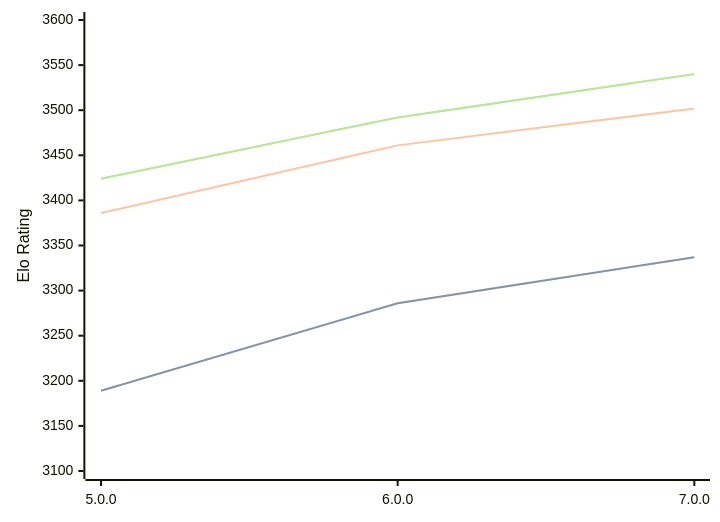
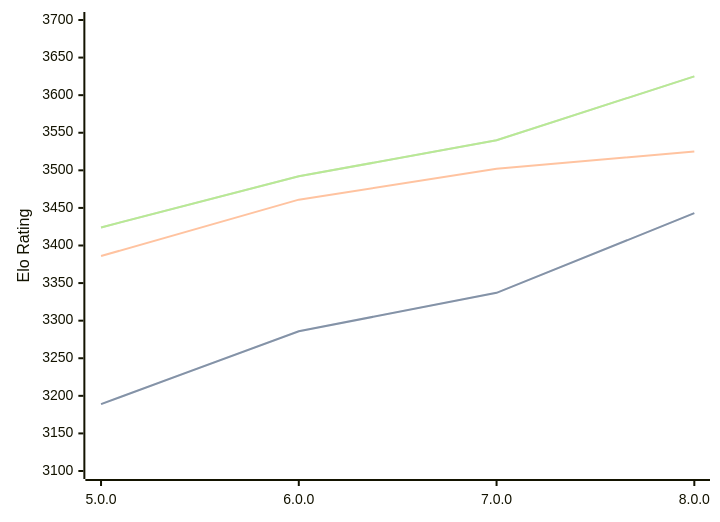
Before and after one commit to computer-chess-index/cci: the third of 3 diagrams in engines/Stormphrax.md, drawn with Mermaid. The commit also changed other lines of this file, not shown here.

Commit message:
Update CCI Ratings (ELO VLTC) - 2026-06-30

````diff
--- a/engines/Stormphrax.md
+++ b/engines/Stormphrax.md
@@ -72,11 +72,11 @@
 ```mermaid
 %%{init: {"theme":"base","themeVariables":{"seriesColors:['#a3a3a3','#222221','#faa371']}}}%%
 xychart-beta
-  x-axis ["5.0.0", "6.0.0", "7.0.0"]
-  y-axis "Elo Rating" 3100 --> 3600
-  line "STC (8.0+0.08s)" [3189, 3286, 3337]
-  line "STC (8.0+0.08s)" [3189, 3286, 3337]
-  line "LTC (60.0+0.60s)" [3386, 3461, 3502]
-  line "VLTC (2m24s+1.12s)" [3424, 3492, 3540]
-  line "VLTC (2m24s+1.12s)" [3424, 3492, 3540]
+  x-axis ["5.0.0", "6.0.0", "7.0.0", "8.0.0"]
+  y-axis "Elo Rating" 3100 --> 3700
+  line "STC (8.0+0.08s)" [3189, 3286, 3337, 3443]
+  line "STC (8.0+0.08s)" [3189, 3286, 3337, 3443]
+  line "LTC (60.0+0.60s)" [3386, 3461, 3502, 3525]
+  line "VLTC (2m24s+1.12s)" [3424, 3492, 3540, 3625]
+  line "VLTC (2m24s+1.12s)" [3424, 3492, 3540, 3625]
 ```
````
